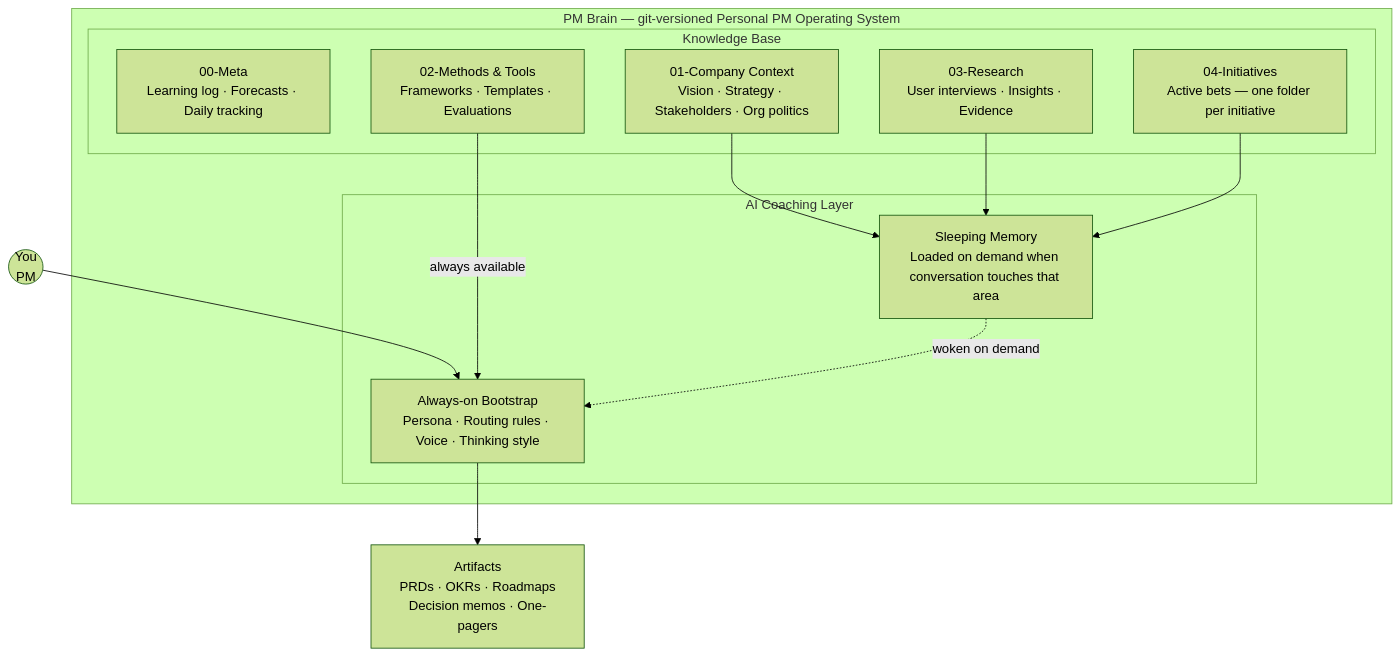
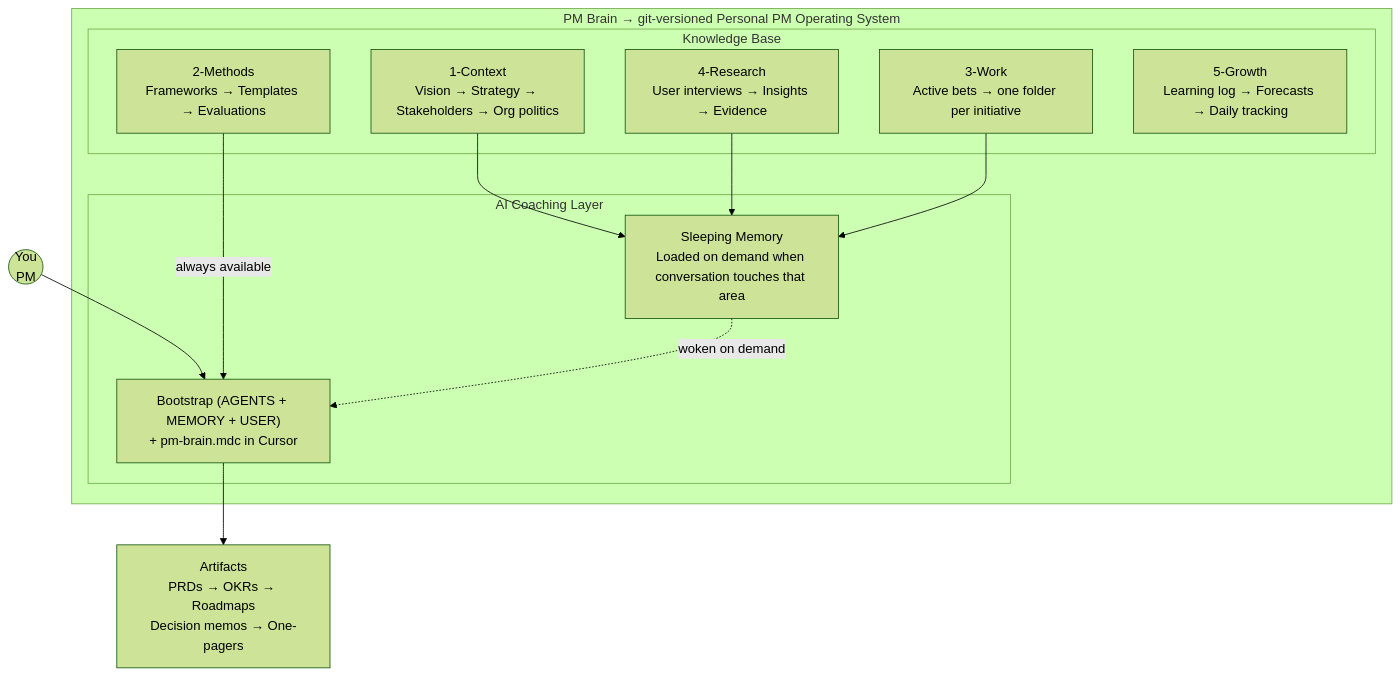
One commit to andreaskelm/pm-brain changed the first of 9 diagrams in docs/architecture.md. Above: the diagram before and after it, drawn with Mermaid (forest theme). The commit also changed other lines of this file and 644 other files, not shown here.

````diff
--- a/docs/architecture.md
+++ b/docs/architecture.md
@@ -15,24 +15,24 @@
 ```mermaid
 graph TB
-    subgraph repo["PM Brain — git-versioned Personal PM Operating System"]
+    subgraph repo["PM Brain → git-versioned Personal PM Operating System"]
         subgraph kb["Knowledge Base"]
-            A["00-Meta<br/>Learning log · Forecasts · Daily tracking"]
-            B["01-Company Context<br/>Vision · Strategy · Stakeholders · Org politics"]
-            C["02-Methods & Tools<br/>Frameworks · Templates · Evaluations"]
-            D["03-Research<br/>User interviews · Insights · Evidence"]
-            E["04-Initiatives<br/>Active bets — one folder per initiative"]
+            B["1-Context<br/>Vision → Strategy → Stakeholders → Org politics"]
+            C["2-Methods<br/>Frameworks → Templates → Evaluations"]
+            E["3-Work<br/>Active bets → one folder per initiative"]
+            D["4-Research<br/>User interviews → Insights → Evidence"]
+            A["5-Growth<br/>Learning log → Forecasts → Daily tracking"]
         end
         subgraph ai["AI Coaching Layer"]
-            BOOT["Always-on Bootstrap<br/>Persona · Routing rules · Voice · Thinking style"]
+            BOOT["Bootstrap (AGENTS + MEMORY + USER)<br/>+ pm-brain.mdc in Cursor"]
             MEM["Sleeping Memory<br/>Loaded on demand when conversation touches that area"]
         end
     end
 
     PM(("You<br/>PM")) --> BOOT
     C -->|"always available"| BOOT
     B --> MEM
     D --> MEM
     E --> MEM
     MEM -.->|"woken on demand"| BOOT
-    BOOT --> OUT["Artifacts<br/>PRDs · OKRs · Roadmaps<br/>Decision memos · One-pagers"]
+    BOOT --> OUT["Artifacts<br/>PRDs → OKRs → Roadmaps<br/>Decision memos → One-pagers"]
 ```
````
